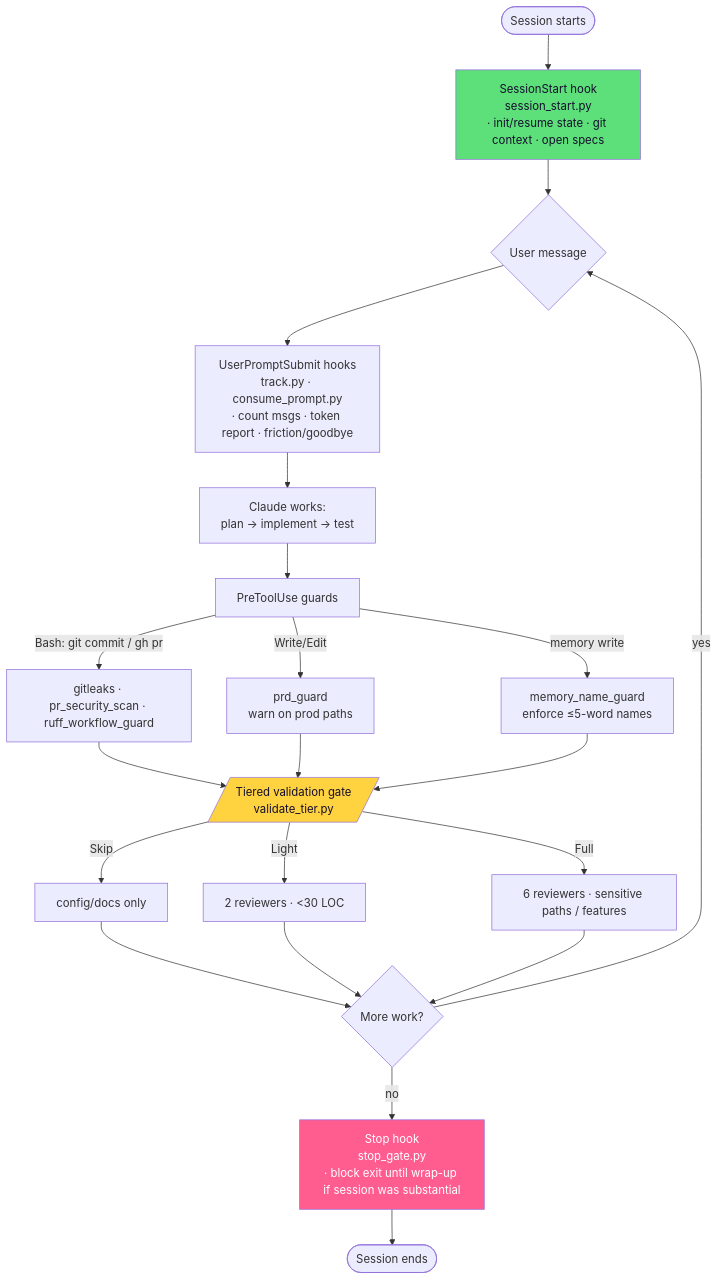
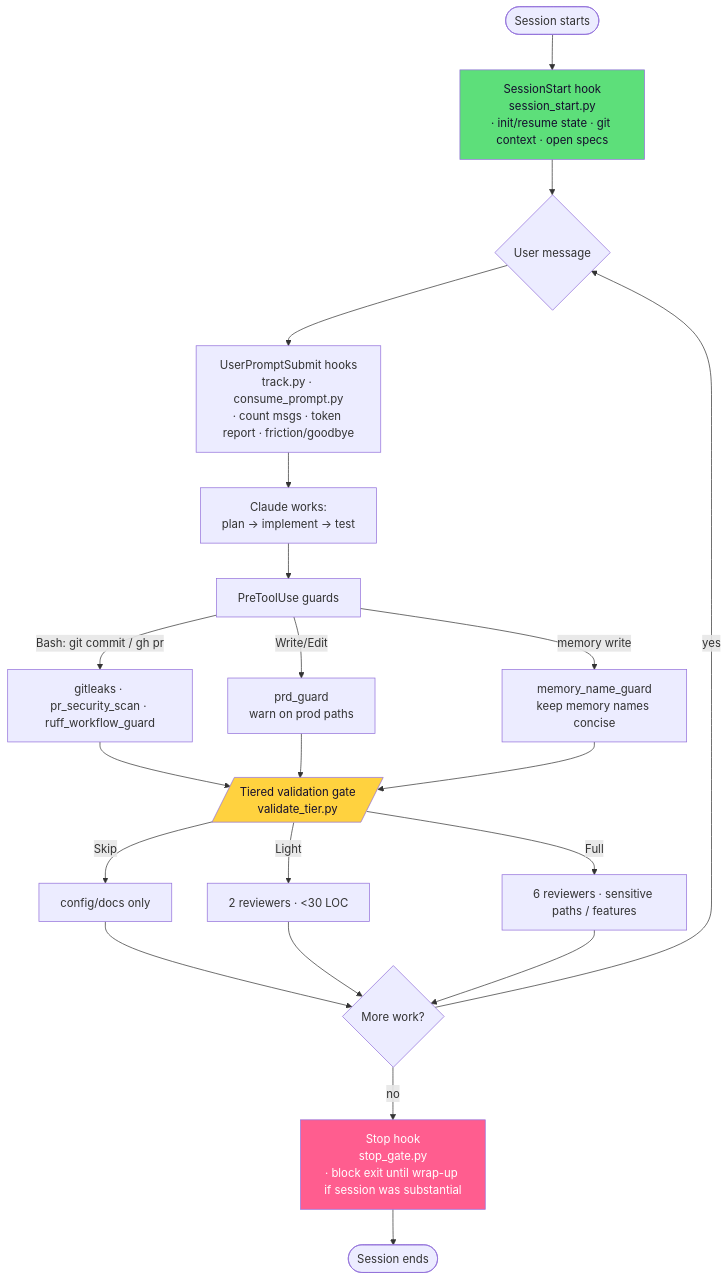
The diagram in README.md (effecet/claude-craft-kit), drawn with Mermaid before and after one commit. The commit also changed other lines of this file and 8 other files, not shown here.

````diff
--- a/README.md
+++ b/README.md
@@ -25,23 +25,23 @@
 ```mermaid
 flowchart TD
     A([Session starts]) --> B[SessionStart hook<br/>session_start.py<br/>· init/resume state · git context · open specs]
     B --> C{User message}
     C --> D[UserPromptSubmit hooks<br/>track.py · consume_prompt.py<br/>· count msgs · token report · friction/goodbye]
     D --> E[Claude works:<br/>plan → implement → test]
     E --> F[PreToolUse guards]
     F -->|Bash: git commit / gh pr| G[gitleaks · pr_security_scan · ruff_workflow_guard]
     F -->|Write/Edit| H[prd_guard<br/>warn on prod paths]
-    F -->|memory write| I[memory_name_guard<br/>enforce ≤5-word names]
+    F -->|memory write| I[memory_name_guard<br/>keep memory names concise]
     G & H & I --> J[/Tiered validation gate<br/>validate_tier.py/]
     J -->|Skip| K[config/docs only]
     J -->|Light| L[2 reviewers · <30 LOC]
     J -->|Full| M[6 reviewers · sensitive paths / features]
     K & L & M --> N{More work?}
     N -->|yes| C
     N -->|no| O[Stop hook<br/>stop_gate.py<br/>· block exit until wrap-up if session was substantial]
     O --> P([Session ends])
 
     style J fill:#ffd23f,color:#150f2e
     style O fill:#ff5d8f,color:#fff
     style B fill:#5ddf7a,color:#150f2e
 ```
````
